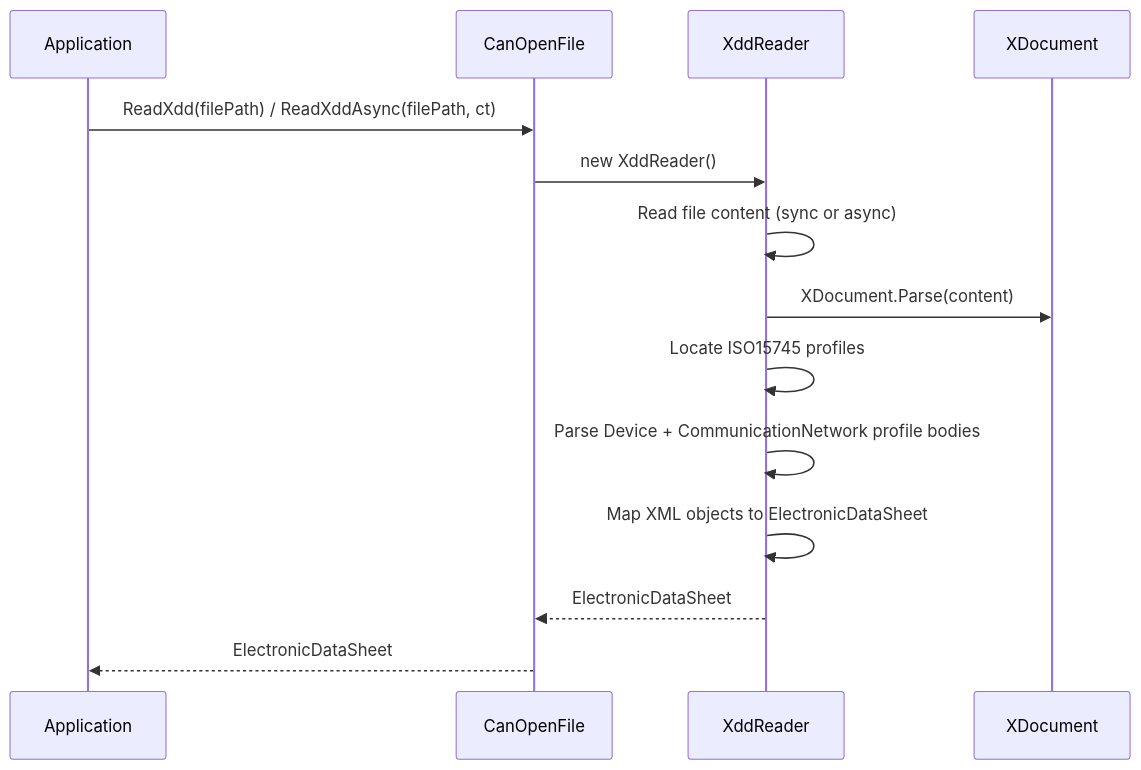
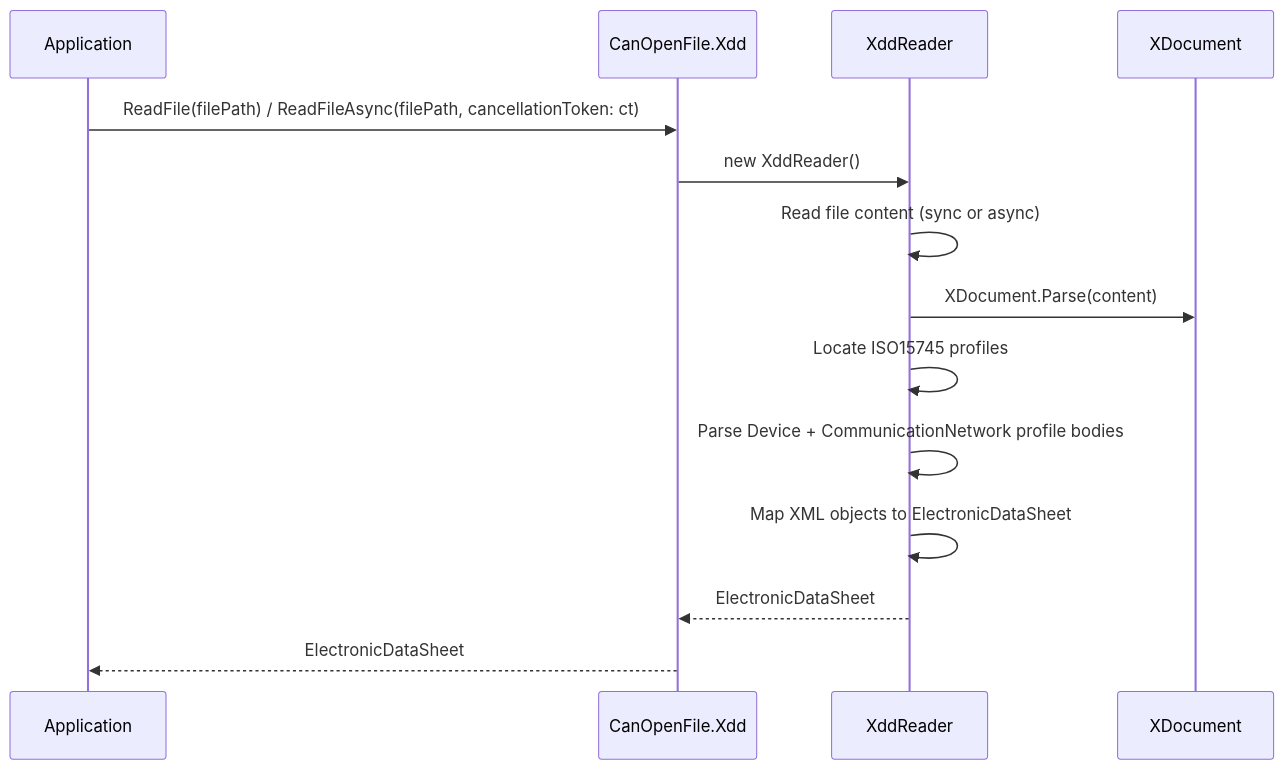
Before and after one commit to dborgards/eds-dcf-net: the seventh of 9 diagrams in docs/architecture/06-runtime-view.md, drawn with Mermaid. The commit also changed other lines of this file and 7 other files, not shown here.

First line of the commit message:
docs: align architecture docs, remarks, examples, README with 1.13 surface (#547) (#552)

````diff
--- a/docs/architecture/06-runtime-view.md
+++ b/docs/architecture/06-runtime-view.md
@@ -130,17 +168,17 @@
 ```mermaid
 sequenceDiagram
     participant App as Application
-    participant CF as CanOpenFile
+    participant CF as CanOpenFile.Xdd
     participant XR as XddReader
     participant XML as XDocument
 
-    App->>CF: ReadXdd(filePath) / ReadXddAsync(filePath, ct)
+    App->>CF: ReadFile(filePath) / ReadFileAsync(filePath, cancellationToken: ct)
     CF->>XR: new XddReader()
     XR->>XR: Read file content (sync or async)
     XR->>XML: XDocument.Parse(content)
     XR->>XR: Locate ISO15745 profiles
     XR->>XR: Parse Device + CommunicationNetwork profile bodies
     XR->>XR: Map XML objects to ElectronicDataSheet
     XR-->>CF: ElectronicDataSheet
     CF-->>App: ElectronicDataSheet
 ```
````
